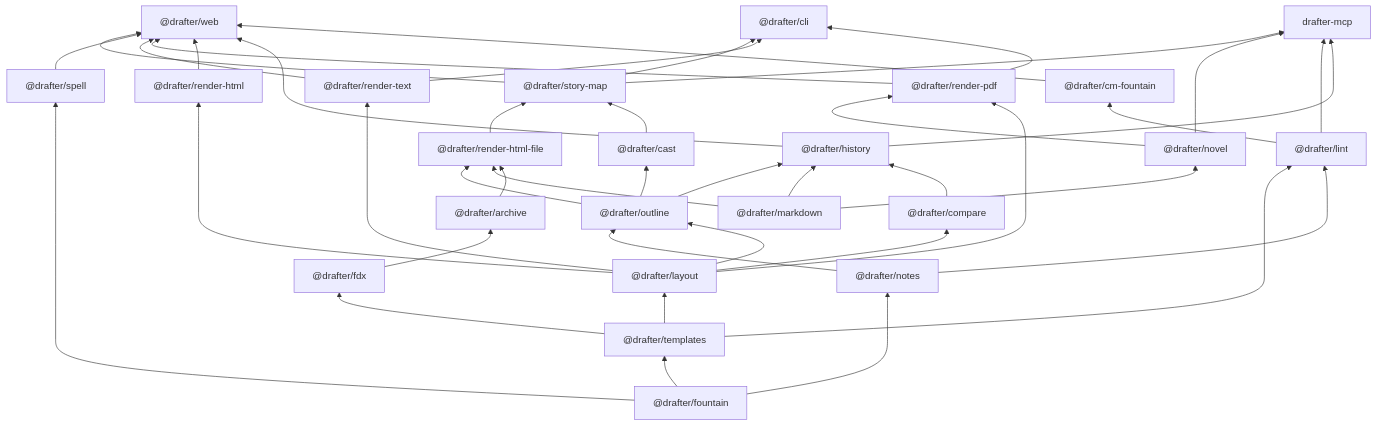
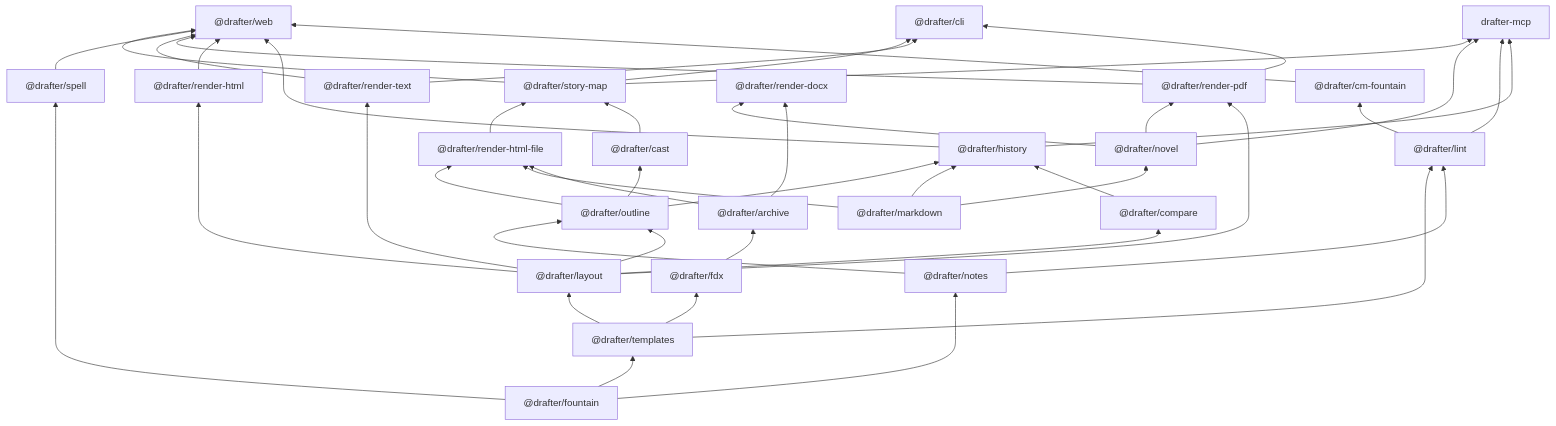
One commit to cschweda/drafter changed the first of 5 diagrams in docs/technical-details.md. Above: the diagram before and after it, drawn with Mermaid. The commit also changed 18 other files, not shown here.

First line of the commit message:
feat(render-docx): write a novel's standard manuscript as a Word file

````diff
--- a/docs/technical-details.md
+++ b/docs/technical-details.md
@@ -38,66 +38,69 @@
 ```mermaid
 flowchart BT
   web["@drafter/web"]
   cli["@drafter/cli"]
   drafter_mcp["drafter-mcp"]
   cm_fountain["@drafter/cm-fountain"]
   outline["@drafter/outline"]
   compare["@drafter/compare"]
   history["@drafter/history"]
   cast["@drafter/cast"]
   story_map["@drafter/story-map"]
   render_pdf["@drafter/render-pdf"]
   render_html["@drafter/render-html"]
   render_html_file["@drafter/render-html-file"]
   render_text["@drafter/render-text"]
+  render_docx["@drafter/render-docx"]
   layout["@drafter/layout"]
   lint["@drafter/lint"]
   fdx["@drafter/fdx"]
   archive["@drafter/archive"]
   templates["@drafter/templates"]
   notes["@drafter/notes"]
   spell["@drafter/spell"]
   markdown["@drafter/markdown"]
   novel["@drafter/novel"]
   fountain["@drafter/fountain"]
   cm_fountain --> web
   history --> web
   render_html --> web
   render_pdf --> web
   render_text --> web
   spell --> web
   story_map --> web
   render_pdf --> cli
   render_text --> cli
   story_map --> cli
   history --> drafter_mcp
   lint --> drafter_mcp
   novel --> drafter_mcp
   story_map --> drafter_mcp
   lint --> cm_fountain
   layout --> outline
   notes --> outline
   layout --> compare
   compare --> history
   markdown --> history
   outline --> history
   outline --> cast
   cast --> story_map
   render_html_file --> story_map
   layout --> render_pdf
   novel --> render_pdf
   layout --> render_html
   archive --> render_html_file
   markdown --> render_html_file
   outline --> render_html_file
   layout --> render_text
+  archive --> render_docx
+  novel --> render_docx
   templates --> layout
   notes --> lint
   templates --> lint
   templates --> fdx
   fdx --> archive
   fountain --> templates
   fountain --> notes
   fountain --> spell
   markdown --> novel
 ```
````
